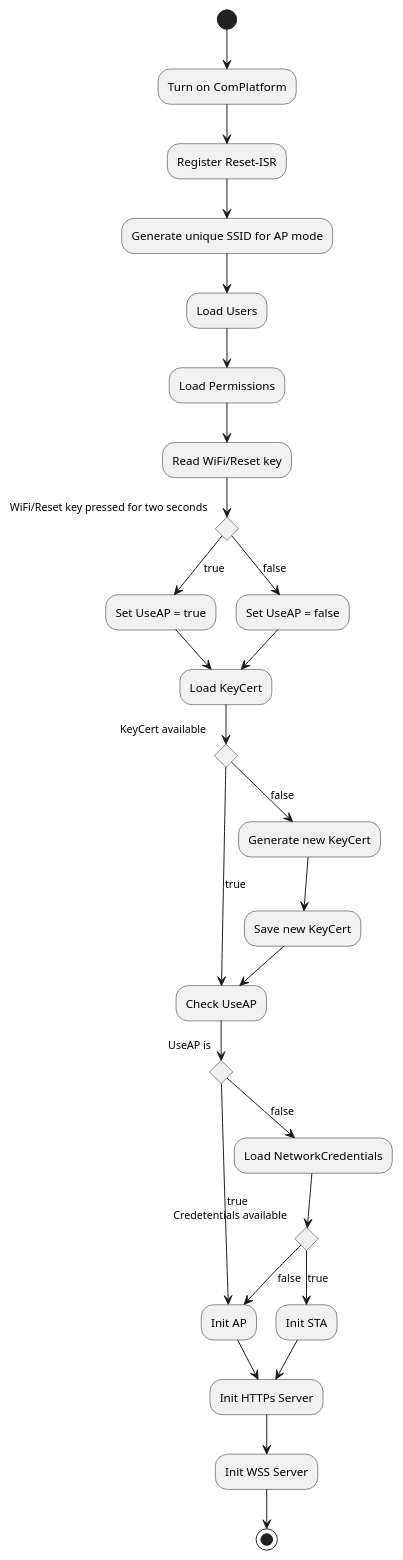
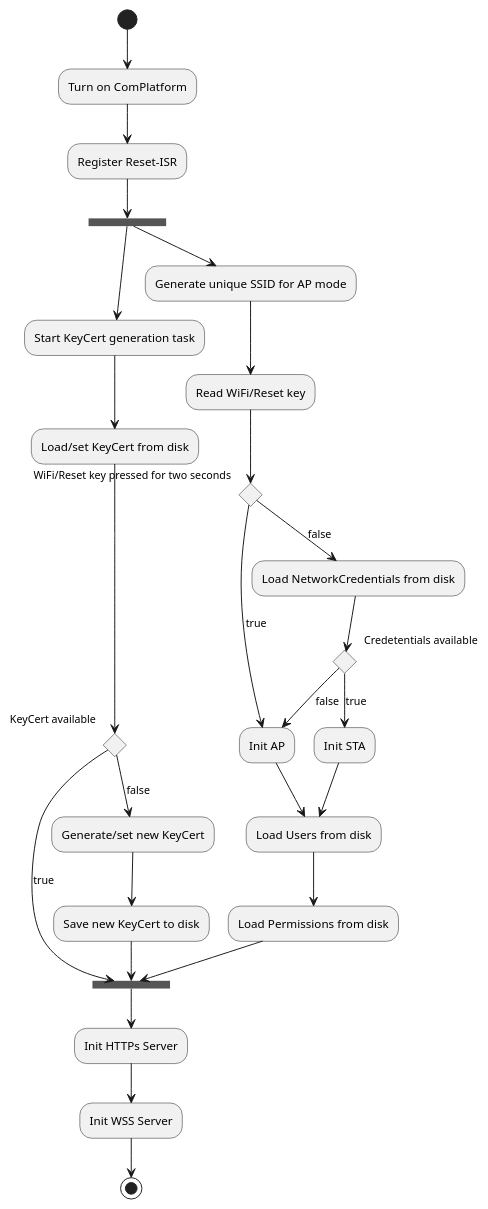
The diagram in doc/design/server/ActivityDiagrams/01_System_Init.plantuml (NewTec-GmbH/ZumoComSystem), drawn with PlantUML before and after one commit. The commit also changed 1 other file, not shown here.

Commit message:
Update design diagrams for system init

```diff
--- a/doc/design/server/ActivityDiagrams/01_System_Init.plantuml
+++ b/doc/design/server/ActivityDiagrams/01_System_Init.plantuml
@@ -1,40 +1,36 @@
 @startuml
 (*) --> "Turn on ComPlatform"
 --> "Register Reset-ISR"
---> "Generate unique SSID for AP mode"
---> "Load Users"
---> "Load Permissions"
+--> === S1 ===
+--> "Start KeyCert generation task"
+--> "Load/set KeyCert from disk"
+
+if "KeyCert available" then
+    --> [true] === S2 ===
+else 
+    --> [false] "Generate/set new KeyCert"
+    --> "Save new KeyCert to disk"
+    --> === S2 ===
+endif
+
+=== S1 === --> "Generate unique SSID for AP mode"
 --> "Read WiFi/Reset key"
 
 if "WiFi/Reset key pressed for two seconds" then
---> [true] "Set UseAP = true"
---> "Load KeyCert" as loadkeycert
+    --> [true] "Init AP" as initap
 else
---> [false] "Set UseAP = false"
---> loadkeycert
+    --> [false] "Load NetworkCredentials from disk"
+    if "Credetentials available" then
+        --> [true] "Init STA"
+        --> "Load Users from disk"
+else 
+        --> [false] initap
 endif
 
-if "KeyCert available" then
-    --> [true] "Check UseAP"
-else 
-    --> [false] "Generate new KeyCert"
-    --> "Save new KeyCert"
-    --> "Check UseAP"
-endif
-
-if "UseAP is" then
-    --> [true] "Init AP" as initap
-else 
-    --> [false] "Load NetworkCredentials"
-    if "Credetentials available" then
-        --> [true] "Init STA"
-        --> "Init HTTPs Server"
-    else 
-        --> [false] initap
-    endif
-endif
-
+--> "Load Users from disk"
+--> "Load Permissions from disk"
+--> === S2 ===
 --> "Init HTTPs Server"
 --> "Init WSS Server"
 --> (*)
 @enduml
```
